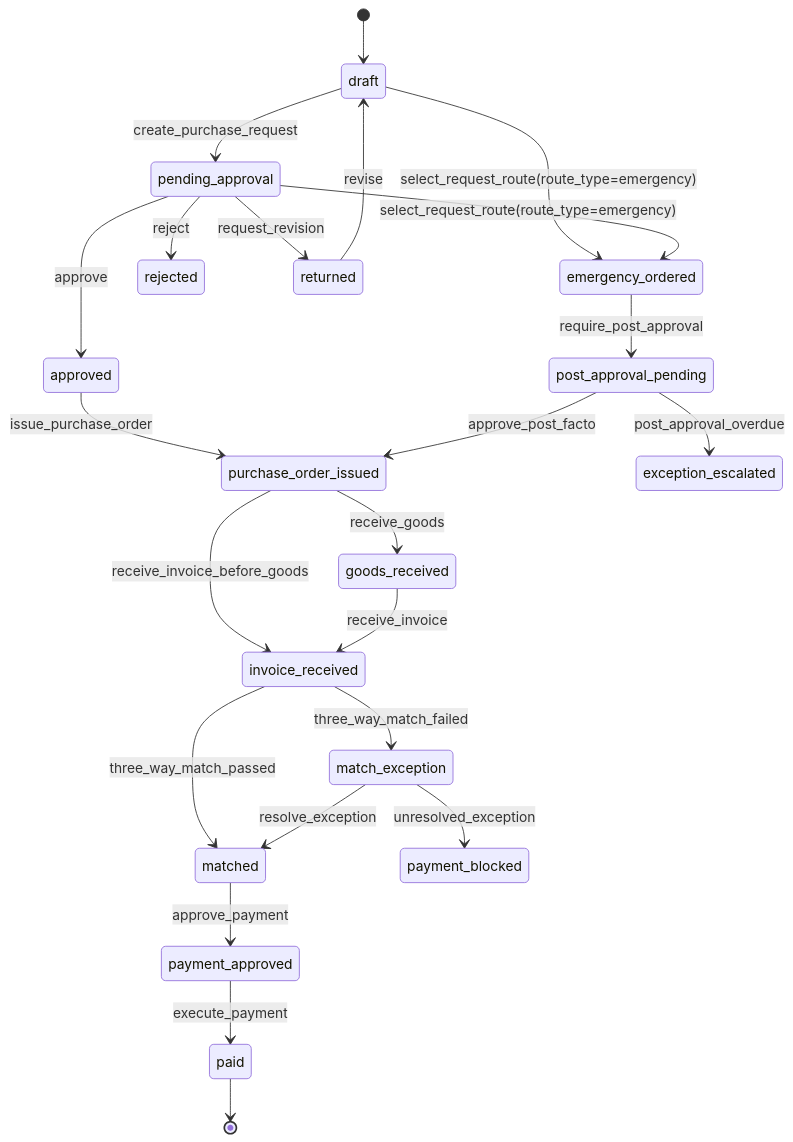
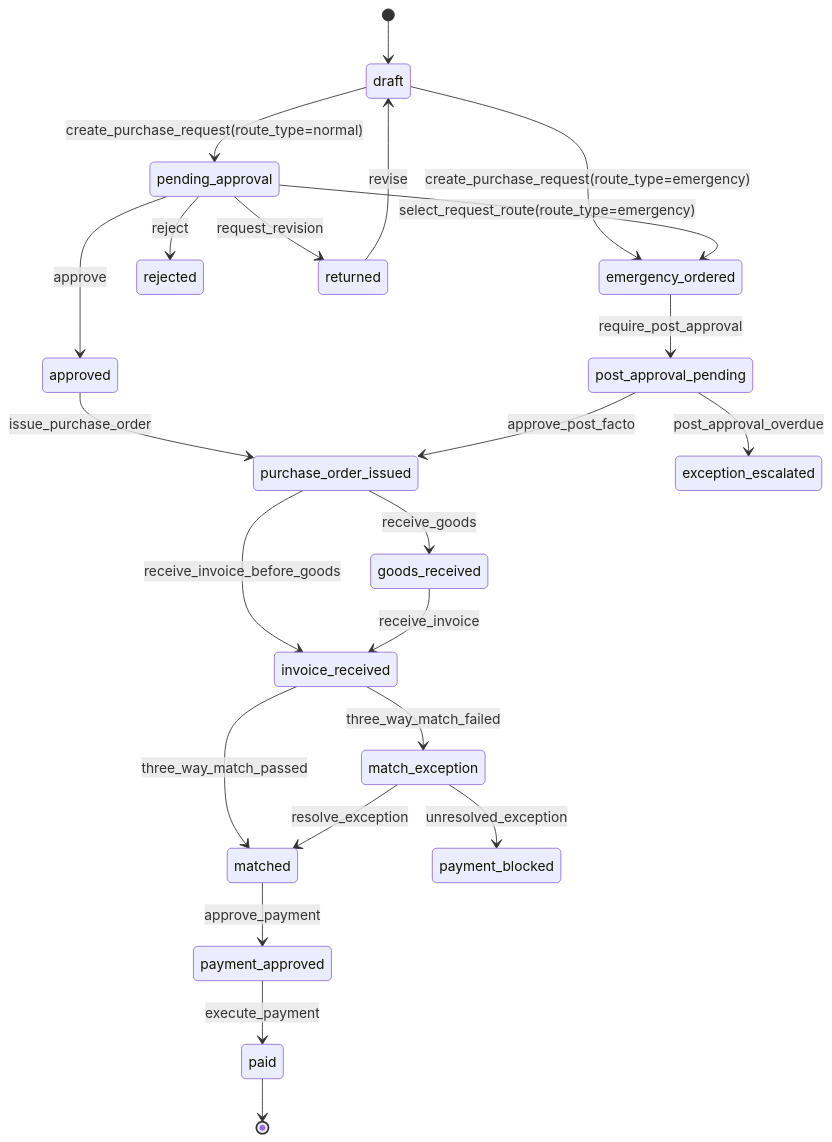
The second of 2 diagrams in docs/poc_prototype_design.md (yujihama/IA_agent_simulation), drawn with Mermaid before and after one commit. The commit also changed other lines of this file and 1 other file, not shown here.

````diff
--- a/docs/poc_prototype_design.md
+++ b/docs/poc_prototype_design.md
@@ -833,25 +867,25 @@
 ```mermaid
 stateDiagram-v2
     [*] --> draft
-    draft --> pending_approval: create_purchase_request
-    draft --> emergency_ordered: select_request_route(route_type=emergency)
+    draft --> pending_approval: create_purchase_request(route_type=normal)
+    draft --> emergency_ordered: create_purchase_request(route_type=emergency)
     pending_approval --> emergency_ordered: select_request_route(route_type=emergency)
     pending_approval --> rejected: reject
     pending_approval --> returned: request_revision
     returned --> draft: revise
     pending_approval --> approved: approve
     approved --> purchase_order_issued: issue_purchase_order
     emergency_ordered --> post_approval_pending: require_post_approval
     post_approval_pending --> purchase_order_issued: approve_post_facto
     post_approval_pending --> exception_escalated: post_approval_overdue
     purchase_order_issued --> goods_received: receive_goods
     purchase_order_issued --> invoice_received: receive_invoice_before_goods
     goods_received --> invoice_received: receive_invoice
     invoice_received --> matched: three_way_match_passed
     invoice_received --> match_exception: three_way_match_failed
     match_exception --> matched: resolve_exception
     match_exception --> payment_blocked: unresolved_exception
     matched --> payment_approved: approve_payment
     payment_approved --> paid: execute_payment
     paid --> [*]
 ```
````
